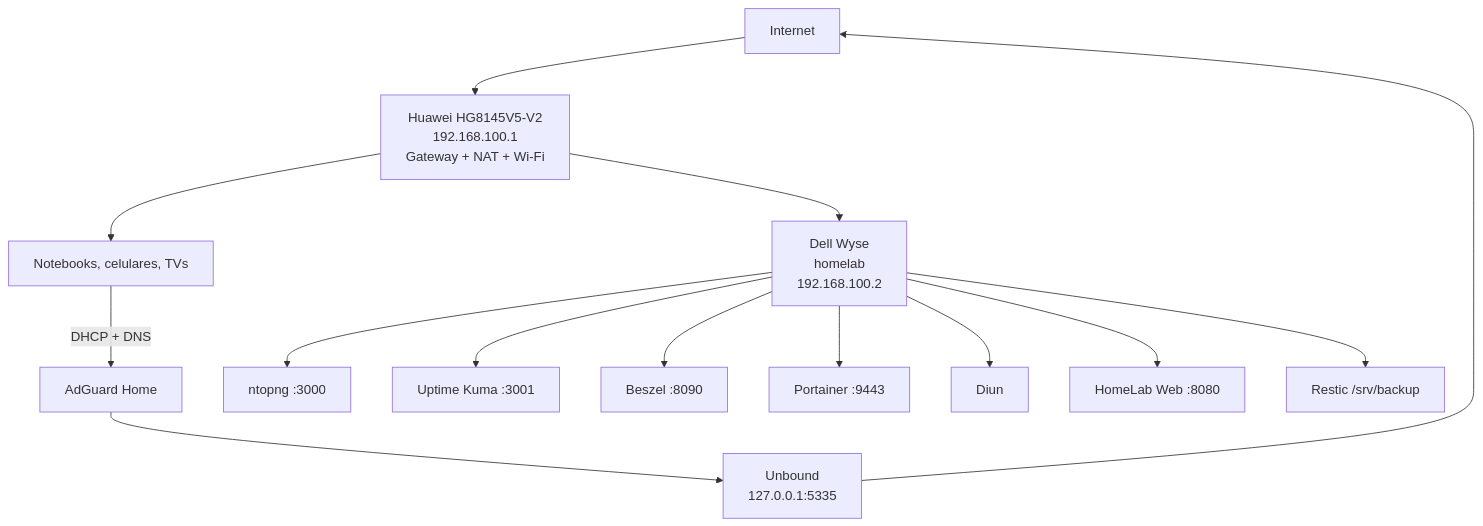
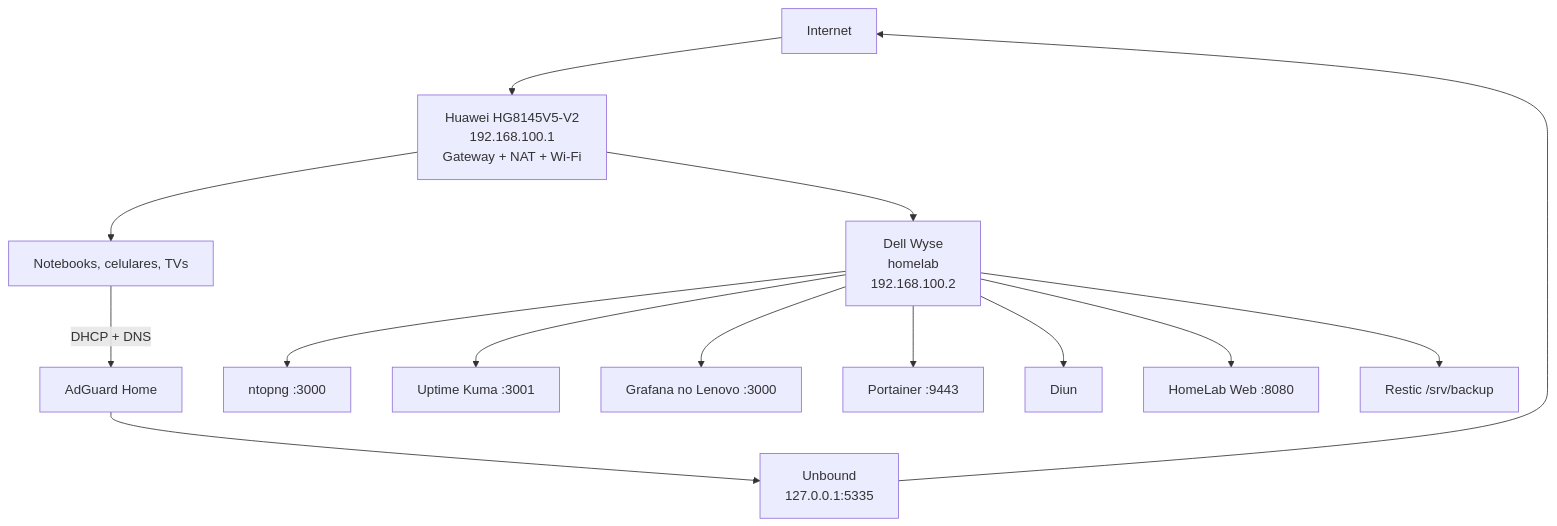
Before and after one commit to leonardodebs/homelab-infrastructure-server: the diagram in README.md, drawn with Mermaid. The commit also changed other lines of this file and 20 other files, not shown here.

````diff
--- a/README.md
+++ b/README.md
@@ -55,16 +55,16 @@
 ```mermaid
 flowchart TD
     Internet --> Huawei[Huawei HG8145V5-V2\n192.168.100.1\nGateway + NAT + Wi-Fi]
     Huawei --> Wyse[Dell Wyse\nhomelab\n192.168.100.2]
     Huawei --> Clientes[Notebooks, celulares, TVs]
     Clientes -->|DHCP + DNS| AGH[AdGuard Home]
     AGH --> Unbound[Unbound\n127.0.0.1:5335]
     Unbound --> Internet
     Wyse --> Ntop[ntopng :3000]
     Wyse --> Kuma[Uptime Kuma :3001]
-    Wyse --> Beszel[Beszel :8090]
+    Wyse --> Grafana[Grafana no Lenovo :3000]
     Wyse --> Portainer[Portainer :9443]
     Wyse --> Diun[Diun]
     Wyse --> Portal[HomeLab Web :8080]
     Wyse --> Backup[Restic /srv/backup]
 ```
````
